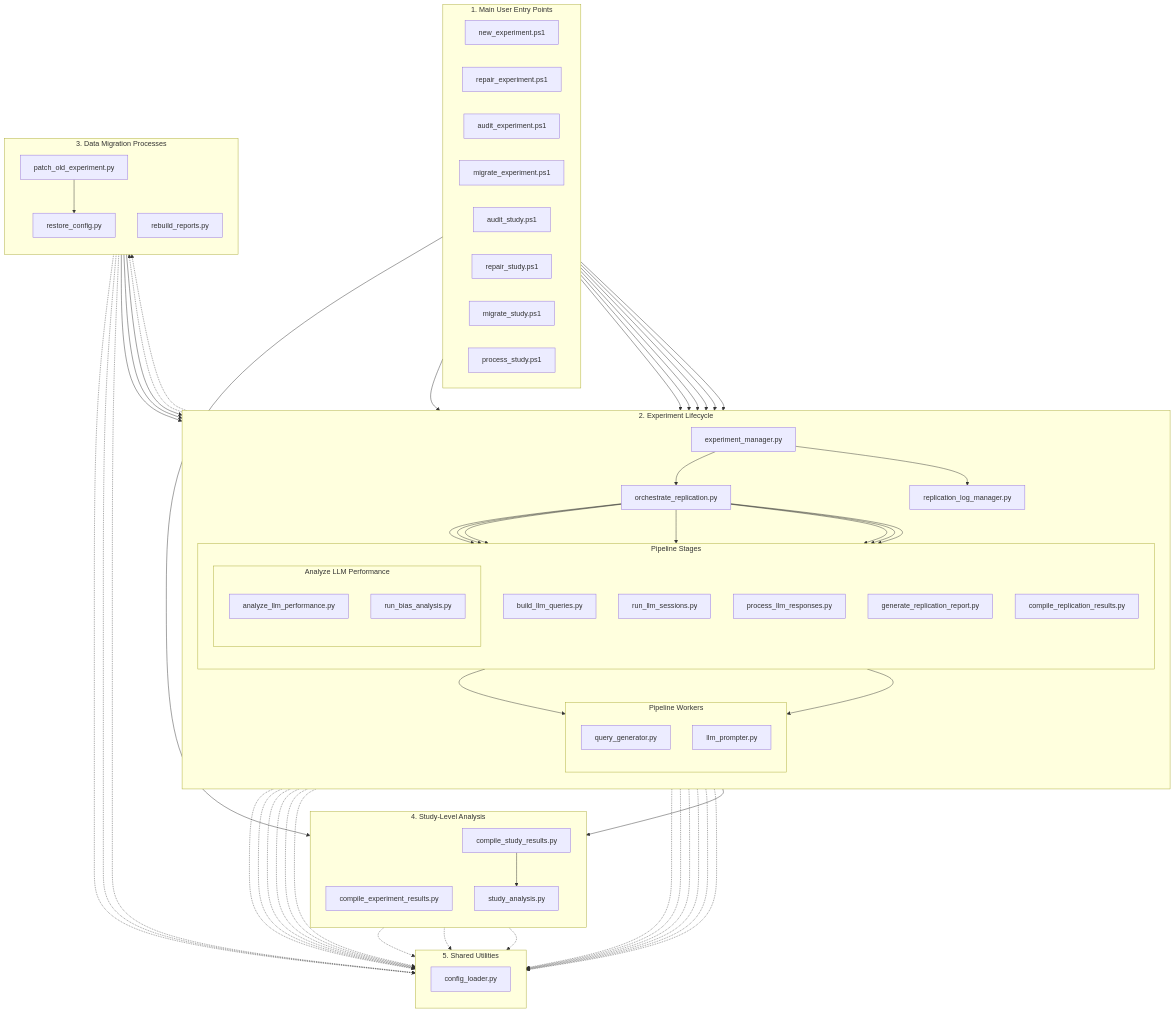
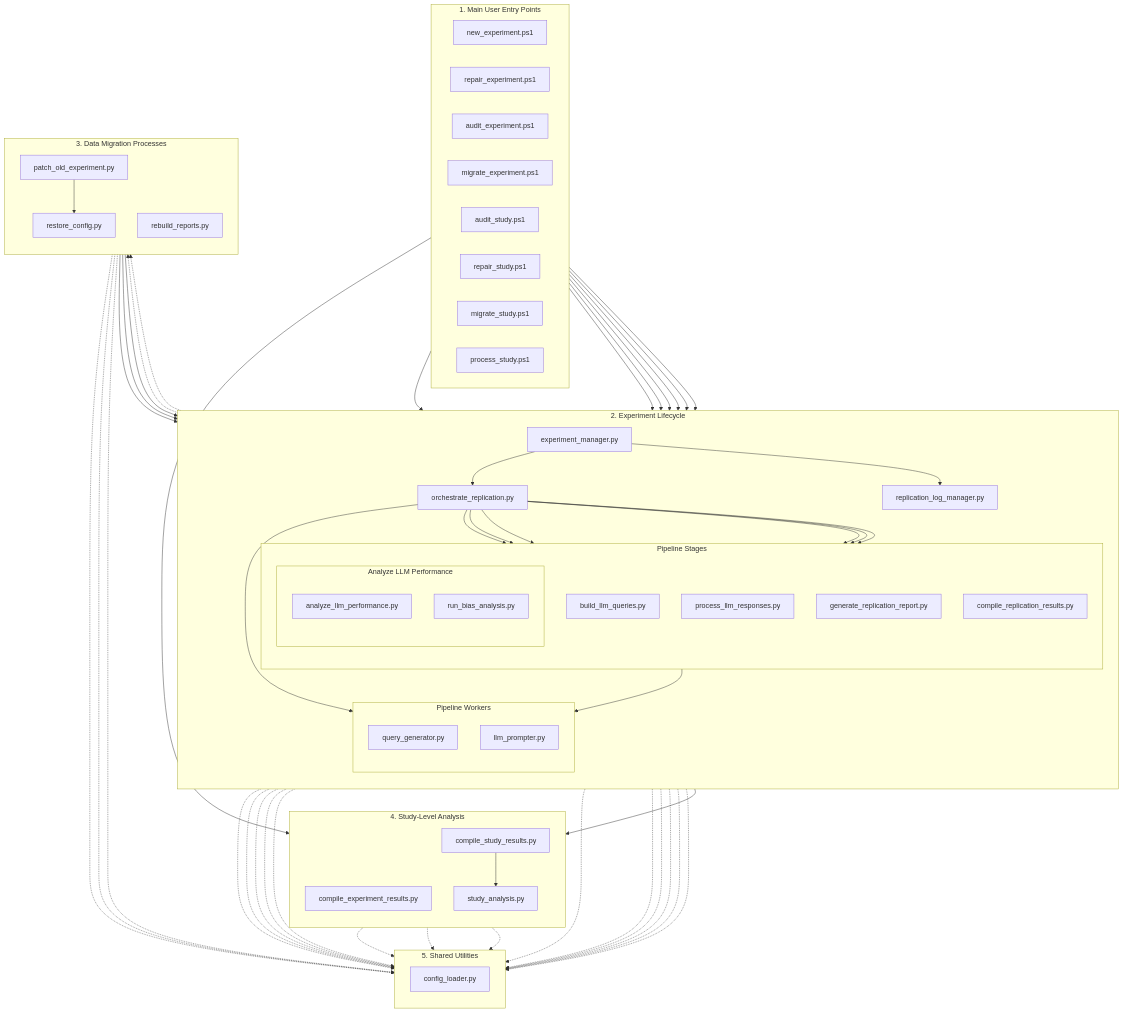
The diagram in docs/diagrams/arch_main_codebase.mmd (peterjmarko/llm-narrative-framework), drawn with Mermaid before and after one commit. The commit also changed 2 other files, not shown here.

Commit message:
docs(diagrams): Update diagrams to reflect removal of run_llm_sessions.py
This commit updates three key architecture and workflow diagrams to align with the current system architecture after a recent refactoring.

The `run_llm_sessions.py` script was removed, and the `orchestrate_replication.py` script now directly manages parallel calls to the `llm_prompter.py` worker.

The following diagrams were modified to reflect this change:
- `arch_main_codebase.mmd`
- `data_main_flow.mmd`
- `flow_main_1_new_experiment.mmd`

```diff
--- a/docs/diagrams/arch_main_codebase.mmd
+++ b/docs/diagrams/arch_main_codebase.mmd
@@ -1,114 +1,111 @@
 graph TD
     subgraph "1. Main User Entry Points"
         direction LR
         new_experiment_ps1["new_experiment.ps1"]
         repair_experiment_ps1["repair_experiment.ps1"]
         audit_experiment_ps1["audit_experiment.ps1"]
         migrate_experiment_ps1["migrate_experiment.ps1"]
         audit_study_ps1["audit_study.ps1"]
         repair_study_ps1["repair_study.ps1"]
         migrate_study_ps1["migrate_study.ps1"]
         process_study_ps1["process_study.ps1"]
     end
 
     subgraph "2. Experiment Lifecycle"
         direction TB
         exp_manager["experiment_manager.py"]
         orchestrator["orchestrate_replication.py"]
         
         subgraph "Pipeline Stages"
             direction TB
             build_queries["build_llm_queries.py"]
-            run_sessions["run_llm_sessions.py"]
             process_responses["process_llm_responses.py"]
             subgraph "Analyze LLM Performance"
                 direction TB
                 analyze_performance["analyze_llm_performance.py"]
                 run_bias["run_bias_analysis.py"]
             end
             generate_report["generate_replication_report.py"]
             compile_replication["compile_replication_results.py"]
         end
         
         subgraph "Pipeline Workers"
             direction TB
             query_generator["query_generator.py"]
             llm_prompter["llm_prompter.py"]
         end
 
         log_manager["replication_log_manager.py"]
     end
 
     subgraph "3. Data Migration Processes"
         direction TB
         patch_old["patch_old_experiment.py"]
         restore_config["restore_config.py"]
         rebuild_reports["rebuild_reports.py"]
     end
 
     subgraph "4. Study-Level Analysis"
         direction TB
         compile_experiment["compile_experiment_results.py"]
         compile_study_results_py["compile_study_results.py"]
         study_analysis["study_analysis.py"]
     end
 
     subgraph "5. Shared Utilities"
         direction TB
         config_loader["config_loader.py"]
     end
     
     %% --- Main Workflow Connections ---
     new_experiment_ps1 --> exp_manager
     repair_experiment_ps1 --> exp_manager
     audit_experiment_ps1 --> exp_manager
     audit_study_ps1 --> exp_manager
     migrate_experiment_ps1 --> exp_manager
     repair_study_ps1 --> exp_manager
     migrate_study_ps1 --> exp_manager
     process_study_ps1 --> compile_study_results_py
 
     exp_manager --> orchestrator
     exp_manager --> compile_experiment
     exp_manager --> log_manager
     exp_manager -.-> patch_old
     exp_manager -.-> rebuild_reports
 
     orchestrator --> build_queries
-    orchestrator --> run_sessions
+    orchestrator --> llm_prompter
     orchestrator --> process_responses
     orchestrator --> analyze_performance
     orchestrator --> run_bias
     orchestrator --> generate_report
     orchestrator --> compile_replication
 
     build_queries --> query_generator
-    run_sessions --> llm_prompter
 
     compile_study_results_py --> study_analysis
 
     %% --- Migration Workflow Connections ---
     patch_old --> restore_config
     rebuild_reports --> process_responses
     rebuild_reports --> analyze_performance
     rebuild_reports --> run_bias
 
     %% --- Import Connections (Dotted Lines) ---
     exp_manager         -.-> config_loader
     orchestrator        -.-> config_loader
     build_queries       -.-> config_loader
-    run_sessions        -.-> config_loader
     process_responses   -.-> config_loader
     analyze_performance -.-> config_loader
     run_bias            -.-> config_loader
     query_generator     -.-> config_loader
     llm_prompter        -.-> config_loader
     patch_old           -.-> config_loader
     restore_config      -.-> config_loader
     rebuild_reports     -.-> config_loader
     compile_study_results_py -.-> config_loader
     study_analysis      -.-> config_loader
     log_manager         -.-> config_loader
     generate_report     -.-> config_loader
     compile_replication -.-> config_loader
     compile_experiment  -.-> config_loader
```
